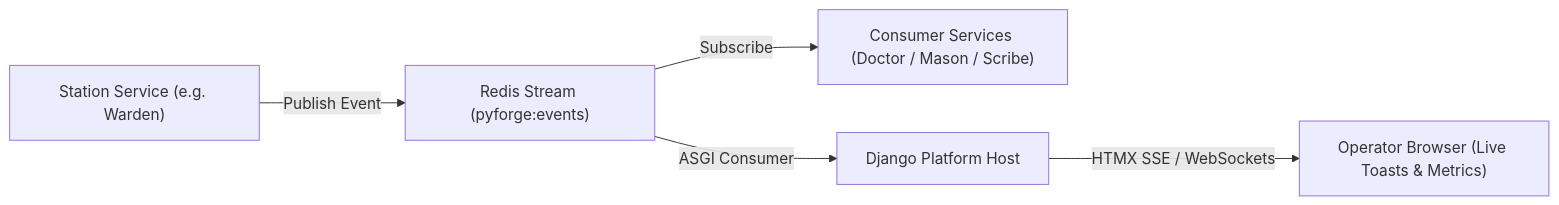
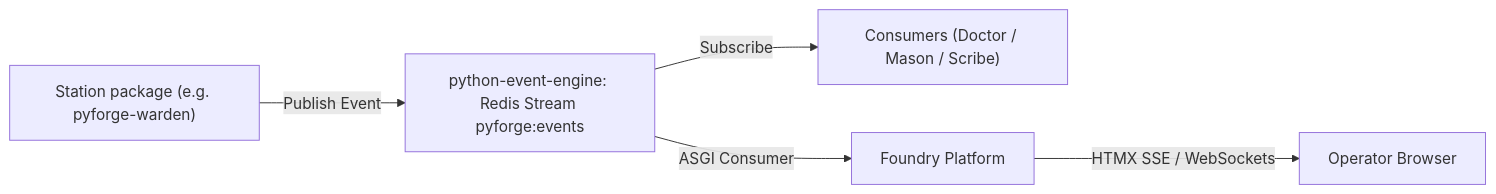
The sixth of 13 diagrams in docs/dreams/pyforge-unifying-strategy.md (rxm7706/local-recipes), drawn with Mermaid before and after one commit. The commit also changed other lines of this file and 18 other files, not shown here.

````diff
--- a/docs/dreams/pyforge-unifying-strategy.md
+++ b/docs/dreams/pyforge-unifying-strategy.md
@@ -1067,7 +1102,7 @@
 ```mermaid
 flowchart LR
-    Producer["Station Service (e.g. Warden)"] -->|Publish Event| RedisStream["Redis Stream (pyforge:events)"]
-    RedisStream -->|Subscribe| Consumer["Consumer Services (Doctor / Mason / Scribe)"]
-    RedisStream -->|ASGI Consumer| DjangoHost["Django Platform Host"]
-    DjangoHost -->|HTMX SSE / WebSockets| Browser["Operator Browser (Live Toasts & Metrics)"]
+    Producer["Station package (e.g. pyforge-warden)"] -->|Publish Event| RedisStream["python-event-engine: Redis Stream pyforge:events"]
+    RedisStream -->|Subscribe| Consumer["Consumers (Doctor / Mason / Scribe)"]
+    RedisStream -->|ASGI Consumer| DjangoHost["Foundry Platform"]
+    DjangoHost -->|HTMX SSE / WebSockets| Browser["Operator Browser"]
 ```
````
